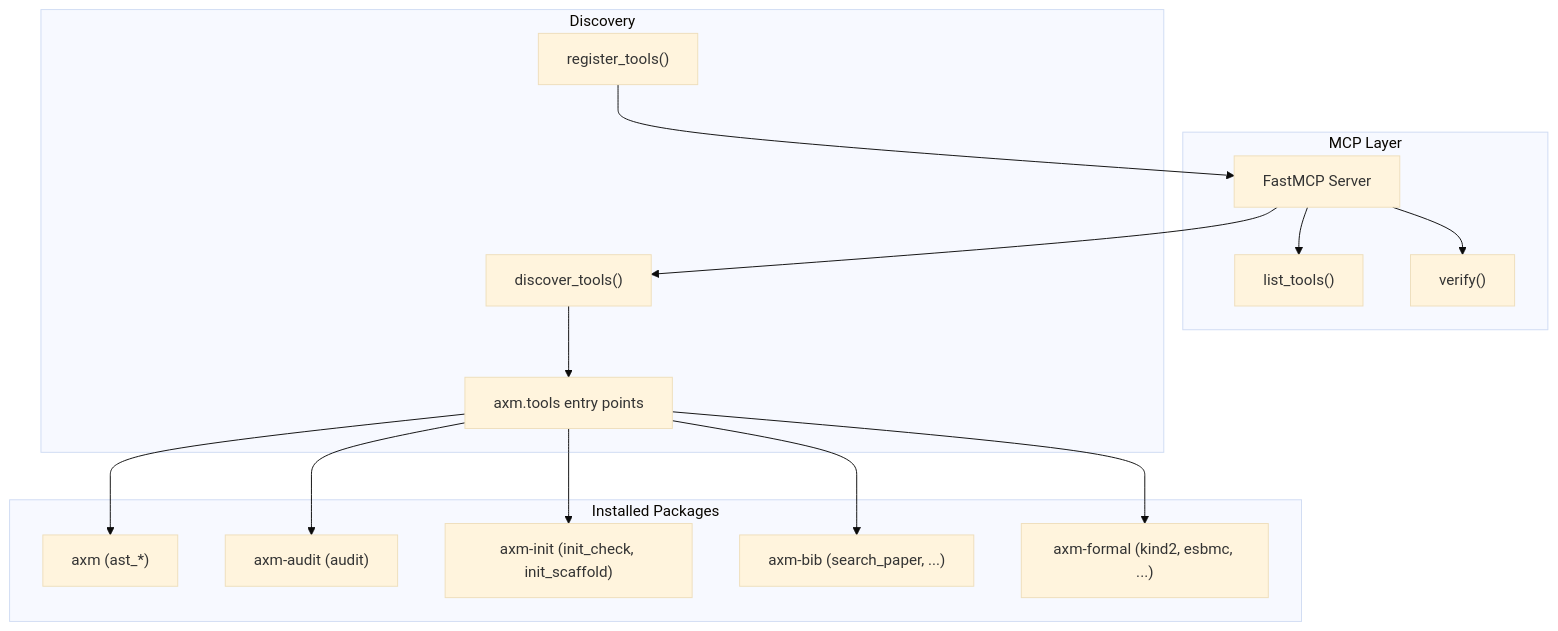
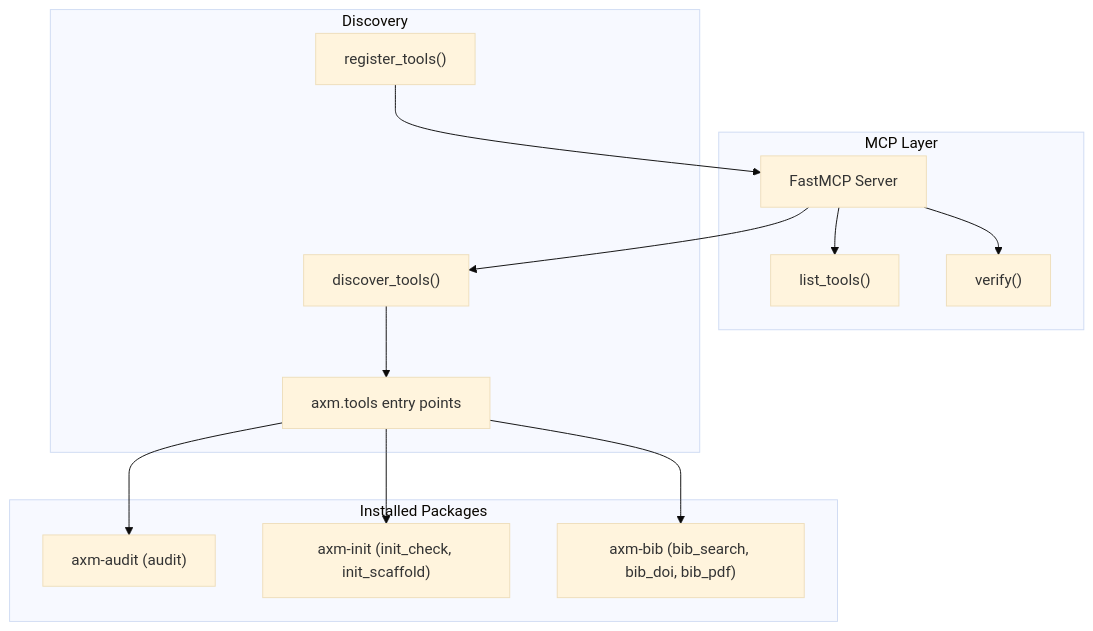
One commit to axm-protocols/axm-forge changed the diagram in docs/explanation/architecture.md. Above: the diagram before and after it, drawn with Mermaid (base theme). The commit also changed 3 other files, not shown here.

````diff
--- a/docs/explanation/architecture.md
+++ b/docs/explanation/architecture.md
@@ -7,33 +7,29 @@
 ```mermaid
 graph TD
     subgraph "MCP Layer"
         Server["FastMCP Server"]
         ListTools["list_tools()"]
         Verify["verify()"]
     end
 
     subgraph "Discovery"
         Discover["discover_tools()"]
         Register["register_tools()"]
         EP["axm.tools entry points"]
     end
 
     subgraph "Installed Packages"
-        AXM["axm (ast_*)"]
         Audit["axm-audit (audit)"]
         Init["axm-init (init_check, init_scaffold)"]
-        Bib["axm-bib (search_paper, ...)"]
-        Formal["axm-formal (kind2, esbmc, ...)"]
+        Bib["axm-bib (bib_search, bib_doi, bib_pdf)"]
     end
 
     Server --> ListTools
     Server --> Verify
     Server --> Discover
     Discover --> EP
-    EP --> AXM
     EP --> Audit
     EP --> Init
     EP --> Bib
-    EP --> Formal
     Register --> Server
 ```
````
